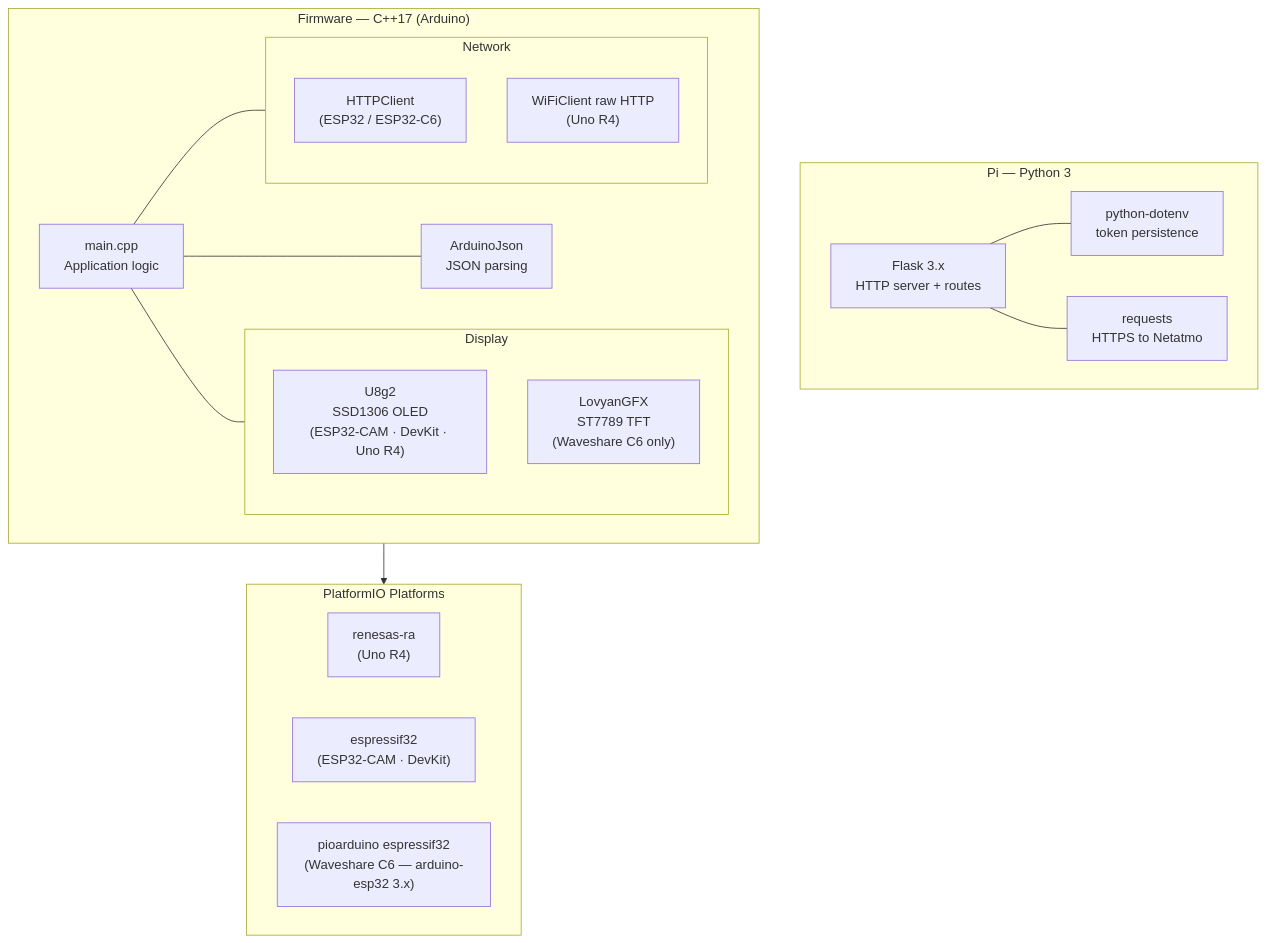
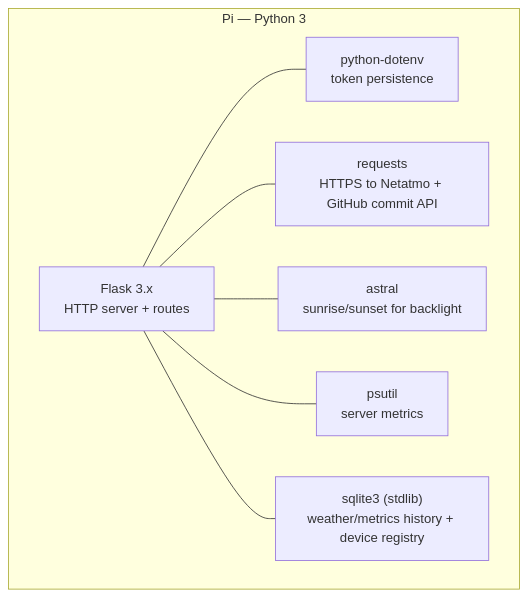
Before and after one commit to vcchstrandberg/netatmo-home-hub: the fourth of 4 diagrams in docs/architecture.md, drawn with Mermaid. The commit also changed other lines of this file and 2 other files, not shown here.

First line of the commit message:
docs: server-only docs + document commit-history pull and dimming

````diff
--- a/docs/architecture.md
+++ b/docs/architecture.md
@@ -160,34 +103,16 @@
 ```mermaid
 flowchart TB
     subgraph pi_stack["Pi — Python 3"]
         flask["Flask 3.x\nHTTP server + routes"]
         dotenv["python-dotenv\ntoken persistence"]
-        requests_lib["requests\nHTTPS to Netatmo"]
+        requests_lib["requests\nHTTPS to Netatmo + GitHub commit API"]
+        astral["astral\nsunrise/sunset for backlight"]
+        psutil_lib["psutil\nserver metrics"]
+        sqlite["sqlite3 (stdlib)\nweather/metrics history + device registry"]
         flask --- dotenv
         flask --- requests_lib
+        flask --- astral
+        flask --- psutil_lib
+        flask --- sqlite
     end
-
-    subgraph fw_stack["Firmware — C++17 (Arduino)"]
-        main2["main.cpp\nApplication logic"]
-        json["ArduinoJson\nJSON parsing"]
-        subgraph display_libs["Display"]
-            u8g2["U8g2\nSSD1306 OLED\n(ESP32-CAM · DevKit · Uno R4)"]
-            lgfx["LovyanGFX\nST7789 TFT\n(Waveshare C6 only)"]
-        end
-        subgraph net_libs["Network"]
-            httpc["HTTPClient\n(ESP32 / ESP32-C6)"]
-            wificlient["WiFiClient raw HTTP\n(Uno R4)"]
-        end
-        main2 --- json
-        main2 --- display_libs
-        main2 --- net_libs
-    end
-
-    subgraph platforms["PlatformIO Platforms"]
-        renesas["renesas-ra\n(Uno R4)"]
-        espressif["espressif32\n(ESP32-CAM · DevKit)"]
-        pioarduino["pioarduino espressif32\n(Waveshare C6 — arduino-esp32 3.x)"]
-    end
-
-    fw_stack --> platforms
 ```
````
